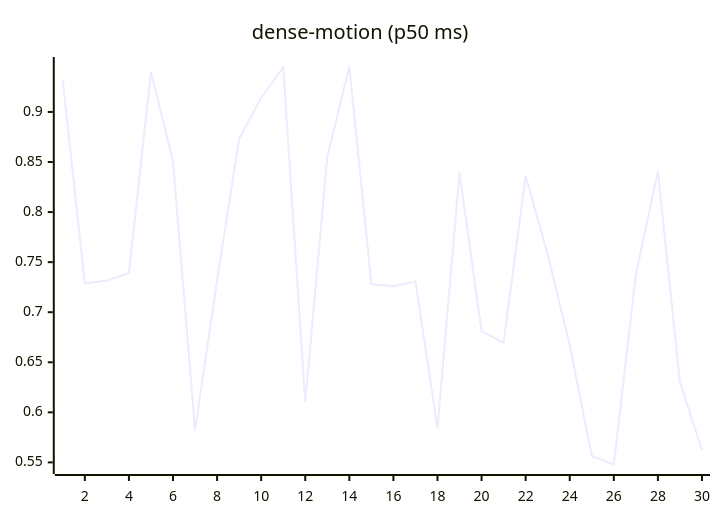
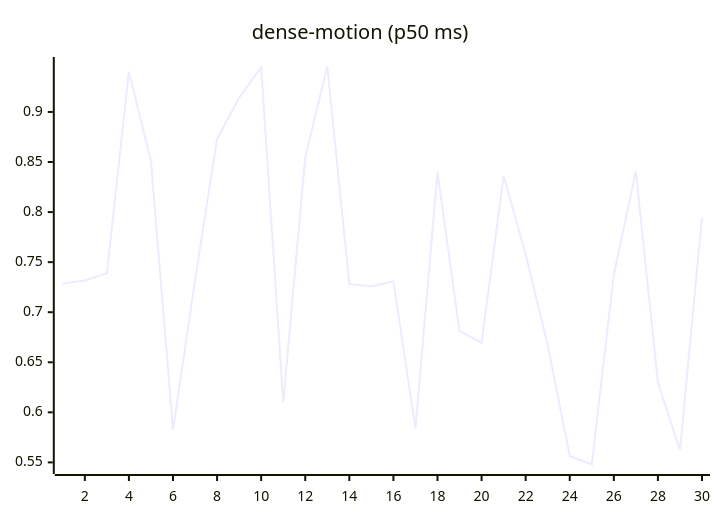
One commit to josha/Facet changed the ninth of 27 diagrams in README.md. Above: the diagram before and after it, drawn with Mermaid. The commit also changed other lines of this file and 2 other files, not shown here.

````diff
--- a/README.md
+++ b/README.md
@@ -119,6 +119,6 @@
 ```mermaid
 xychart-beta
     title "dense-motion (p50 ms)"
     x-axis 1 --> 30
-    line [0.9314, 0.7286, 0.7316, 0.7389, 0.9402, 0.8508, 0.5823, 0.7317, 0.8731, 0.9139, 0.9448, 0.6101, 0.8549, 0.9454, 0.7280, 0.7259, 0.7307, 0.5841, 0.8396, 0.6811, 0.6696, 0.8361, 0.7579, 0.6670, 0.5564, 0.5479, 0.7374, 0.8407, 0.6299, 0.5623]
+    line [0.7286, 0.7316, 0.7389, 0.9402, 0.8508, 0.5823, 0.7317, 0.8731, 0.9139, 0.9448, 0.6101, 0.8549, 0.9454, 0.7280, 0.7259, 0.7307, 0.5841, 0.8396, 0.6811, 0.6696, 0.8361, 0.7579, 0.6670, 0.5564, 0.5479, 0.7374, 0.8407, 0.6299, 0.5623, 0.7946]
 ```
````
